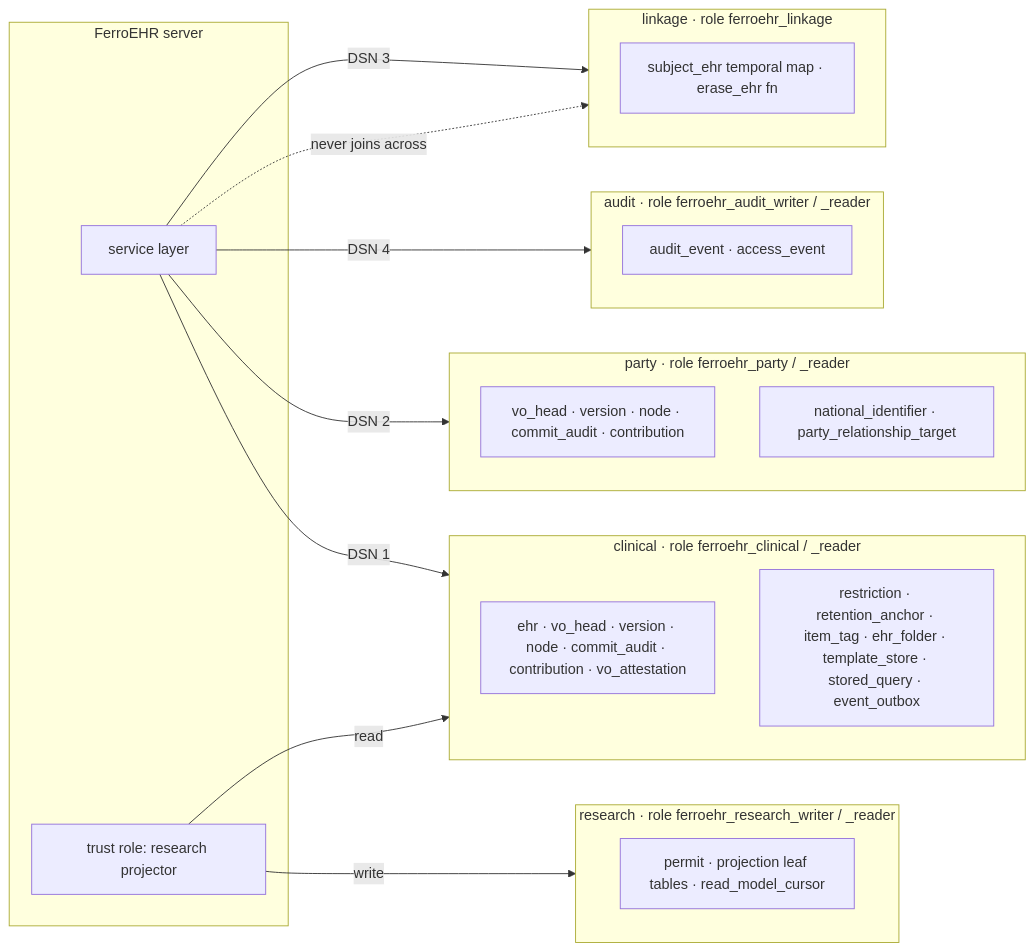
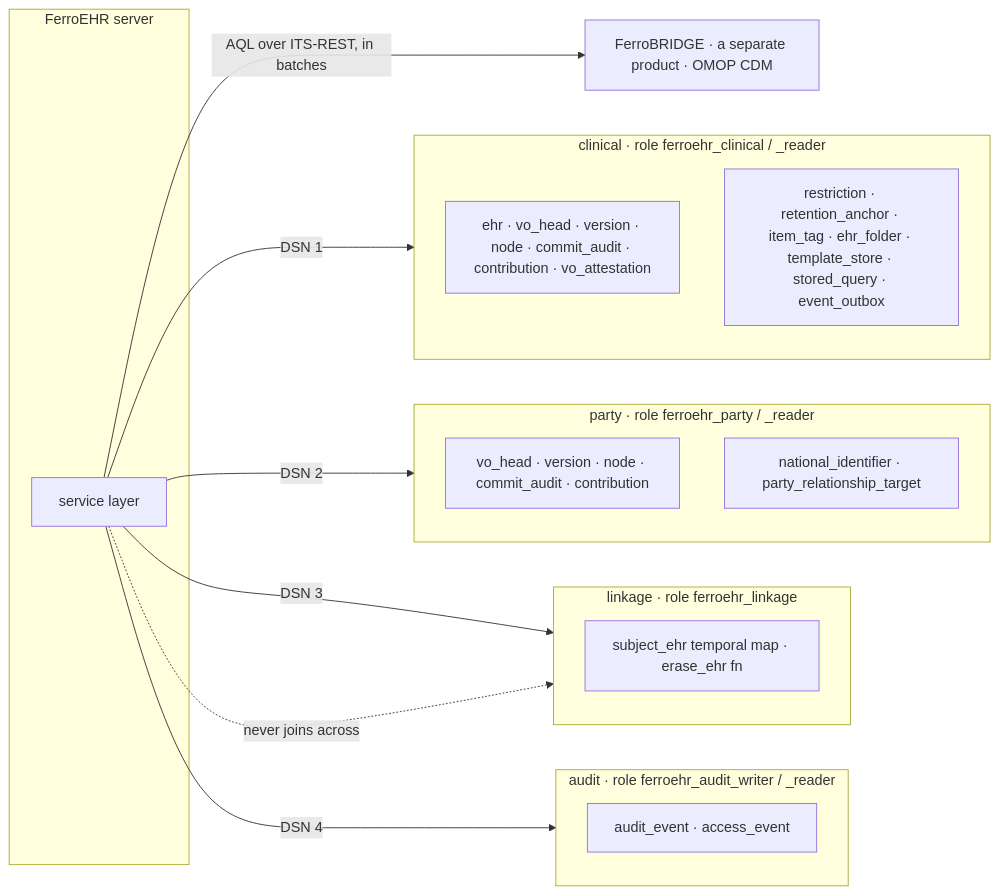
One commit to rubentalstra/FerroEHR changed the first of 5 diagrams in docs/plans/storage-redesign.md. Above: the diagram before and after it, drawn with Mermaid. The commit also changed other lines of this file and 6 other files, not shown here.

First line of the commit message:
docs(plans): the storage rewrite follows the FerroHEALTH drawing: a single-tenant instance, secondary use through FerroBRIDGE (#3385)

````diff
--- a/docs/plans/storage-redesign.md
+++ b/docs/plans/storage-redesign.md
@@ -170,31 +170,27 @@
 ```mermaid
 flowchart LR
   subgraph app[FerroEHR server]
     svc[service layer]
-    trust[trust role: research projector]
   end
   subgraph clinical[clinical  ·  role ferroehr_clinical / _reader]
     C1[ehr · vo_head · version · node · commit_audit · contribution · vo_attestation]
     C2[restriction · retention_anchor · item_tag · ehr_folder · template_store · stored_query · event_outbox]
   end
   subgraph party[party  ·  role ferroehr_party / _reader]
     P1[vo_head · version · node · commit_audit · contribution]
     P2[national_identifier · party_relationship_target]
   end
   subgraph linkage[linkage  ·  role ferroehr_linkage]
     L1[subject_ehr temporal map · erase_ehr fn]
   end
   subgraph audit[audit  ·  role ferroehr_audit_writer / _reader]
     A1[audit_event · access_event]
   end
-  subgraph research[research  ·  role ferroehr_research_writer / _reader]
-    R1[permit · projection leaf tables · read_model_cursor]
-  end
+  bridge[FerroBRIDGE · a separate product · OMOP CDM]
   svc -- DSN 1 --> clinical
   svc -- DSN 2 --> party
   svc -- DSN 3 --> linkage
   svc -- DSN 4 --> audit
-  trust -- read --> clinical
-  trust -- write --> research
+  svc -- AQL over ITS-REST, in batches --> bridge
   svc -. never joins across .-> linkage
 ```
````
